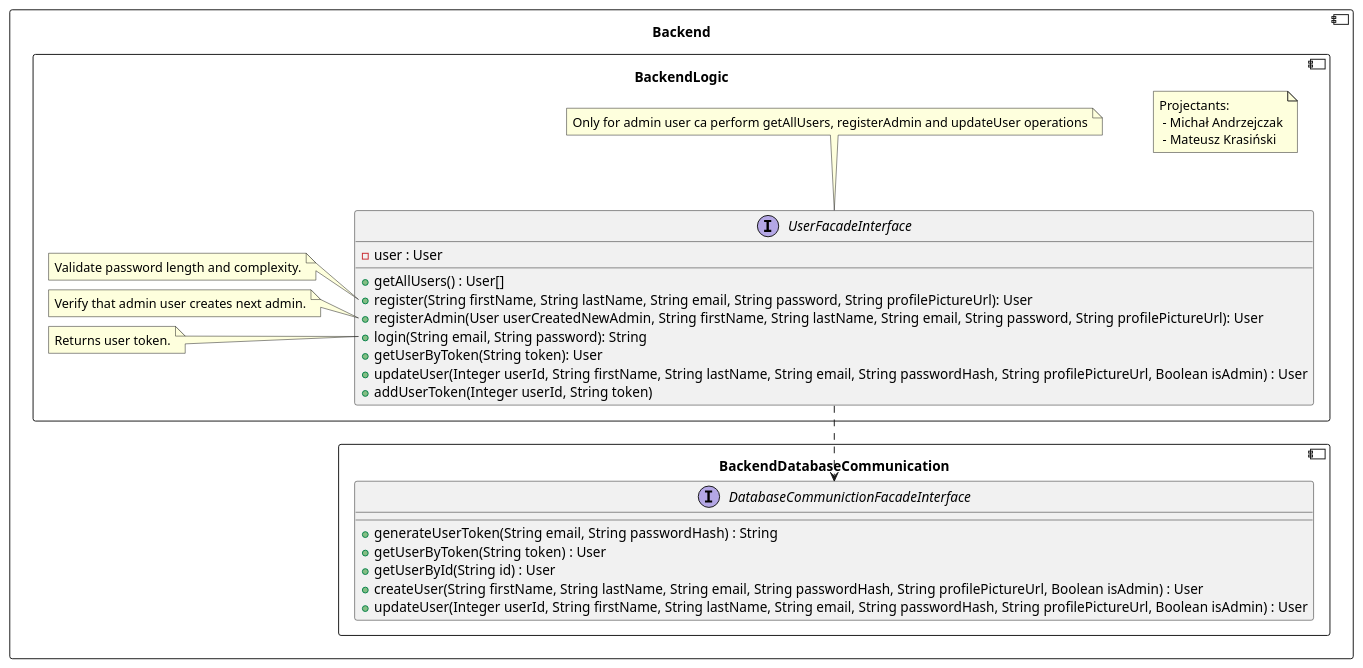
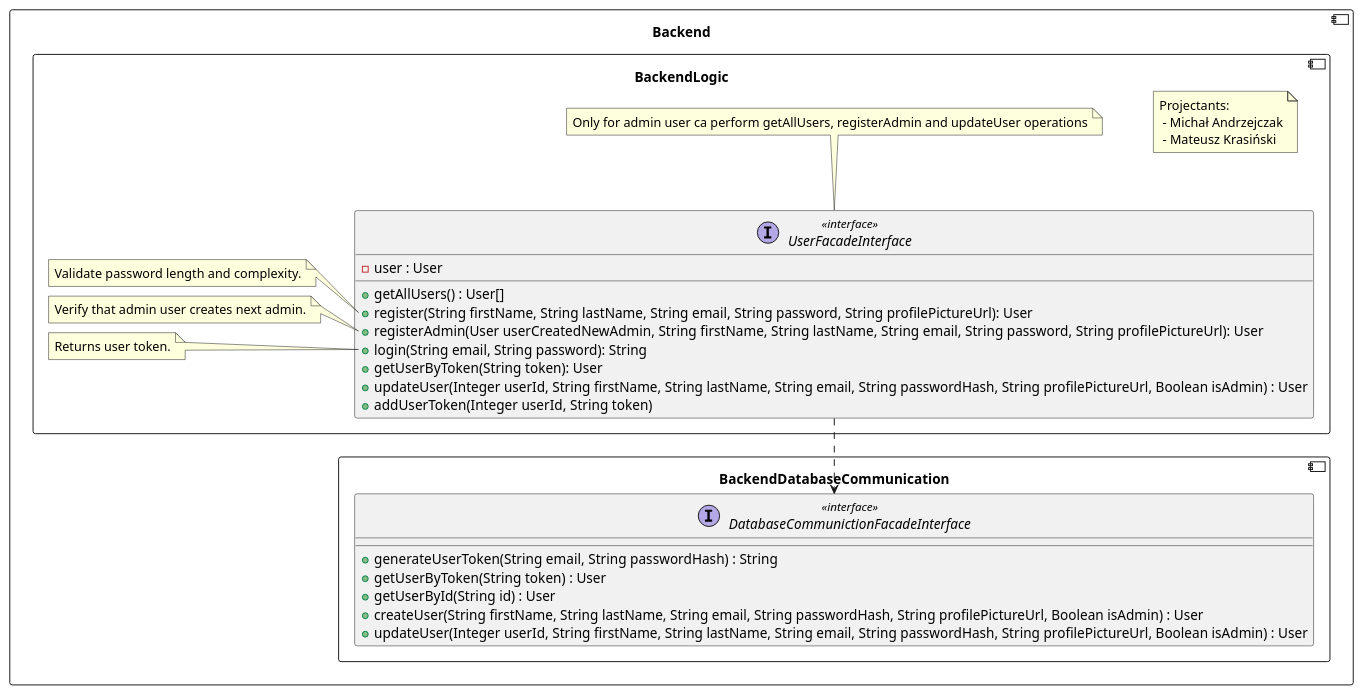
Before and after one commit to RadekBucki/OpinionCollectorArchitecture: the second of 5 diagrams in backend/BackendLogic.md, drawn with PlantUML. The commit also changed other lines of this file and 1 other file, not shown here.

````diff
--- a/backend/BackendLogic.md
+++ b/backend/BackendLogic.md
@@ -27,52 +27,52 @@
 ```plantuml
 @startuml
 component Backend {
     component BackendDatabaseCommunication {
-        interface DatabaseCommunictionFacadeInterface {
+        interface DatabaseCommunictionFacadeInterface <<interface>>{
             + generateUserToken(String email, String passwordHash) : String
             + getUserByToken(String token) : User
             + getUserById(String id) : User
             + createUser(String firstName, String lastName, String email, String passwordHash, String profilePictureUrl, Boolean isAdmin) : User
             + updateUser(Integer userId, String firstName, String lastName, String email, String passwordHash, String profilePictureUrl, Boolean isAdmin) : User
         }
     }
     
     component BackendLogic {
         note as Authors
             Projectants: 
              - Michał Andrzejczak
              - Mateusz Krasiński
         endnote
         
-        UserFacadeInterface  ..> DatabaseCommunictionFacadeInterface
+        UserFacadeInterface ..> DatabaseCommunictionFacadeInterface
         
-        interface UserFacadeInterface {
+        interface UserFacadeInterface <<interface>> {
             - user : User
             + getAllUsers() : User[]
             + register(String firstName, String lastName, String email, String password, String profilePictureUrl): User
             + registerAdmin(User userCreatedNewAdmin, String firstName, String lastName, String email, String password, String profilePictureUrl): User
             + login(String email, String password): String
             + getUserByToken(String token): User
             + updateUser(Integer userId, String firstName, String lastName, String email, String passwordHash, String profilePictureUrl, Boolean isAdmin) : User
             + addUserToken(Integer userId, String token)
         }
     
         note top of UserFacadeInterface
             Only for admin user ca perform getAllUsers, registerAdmin and updateUser operations
         endnote
     
         note left of UserFacadeInterface::register
             Validate password length and complexity.
         endnote
     
         note left of UserFacadeInterface::registerAdmin
             Verify that admin user creates next admin.
         endnote
     
         note left of UserFacadeInterface::login
             Returns user token.
         endnote
     }
 }
 @enduml 
 ```
````
